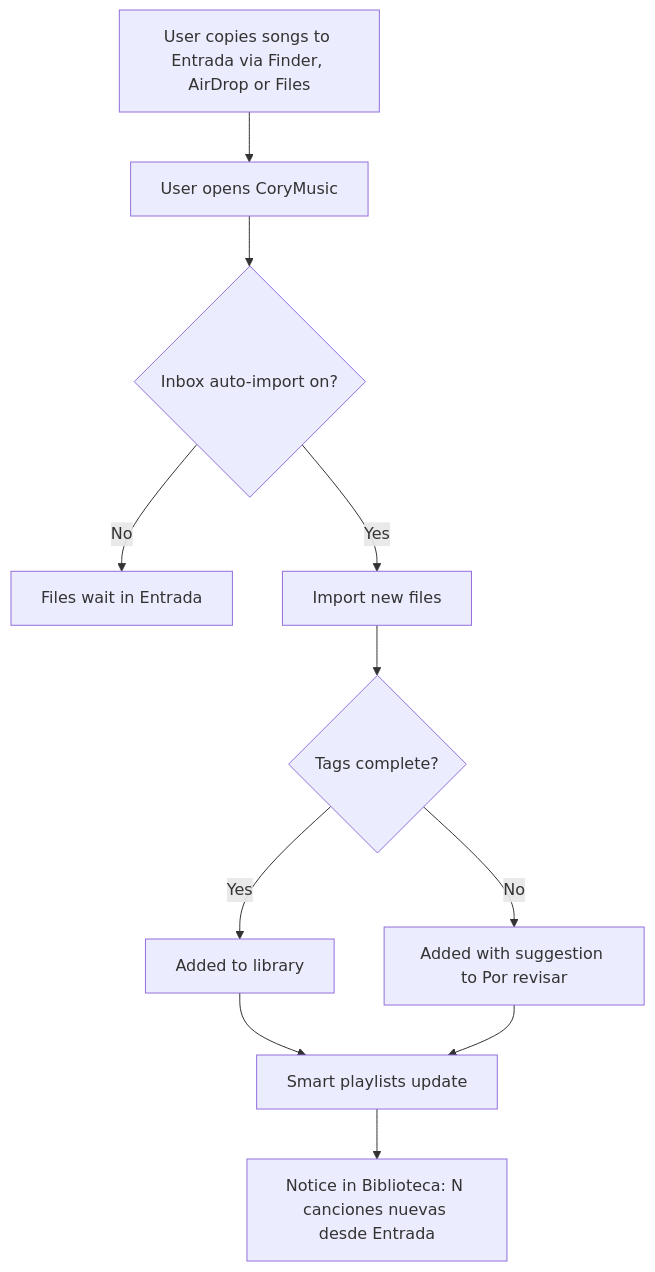
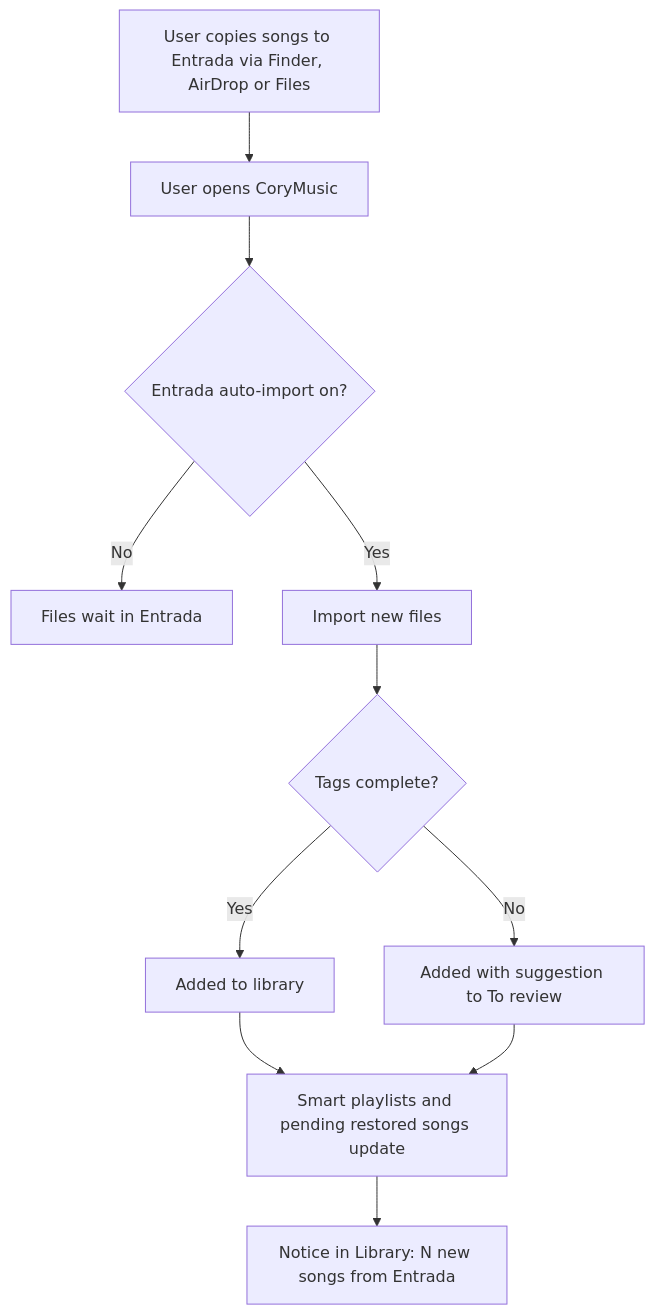
The third of 8 diagrams in docs/USER_FLOWS.md (sabrinasalomon/CoryMusic), drawn with Mermaid before and after one commit. The commit also changed other lines of this file and 20 other files, not shown here.

````diff
--- a/docs/USER_FLOWS.md
+++ b/docs/USER_FLOWS.md
@@ -63,12 +79,12 @@
 ```mermaid
 flowchart TD
     A[User copies songs to Entrada via Finder, AirDrop or Files] --> B[User opens CoryMusic]
-    B --> C{Inbox auto-import on?}
+    B --> C{Entrada auto-import on?}
     C -- No --> Z[Files wait in Entrada]
     C -- Yes --> D[Import new files]
     D --> E{Tags complete?}
     E -- Yes --> F[Added to library]
-    E -- No --> G[Added with suggestion to Por revisar]
-    F & G --> H[Smart playlists update]
-    H --> I[Notice in Biblioteca: N canciones nuevas desde Entrada]
+    E -- No --> G[Added with suggestion to To review]
+    F & G --> H[Smart playlists and pending restored songs update]
+    H --> I[Notice in Library: N new songs from Entrada]
 ```
````
